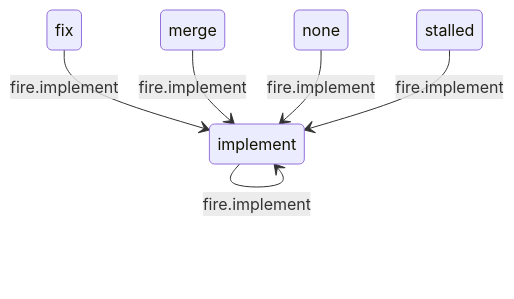
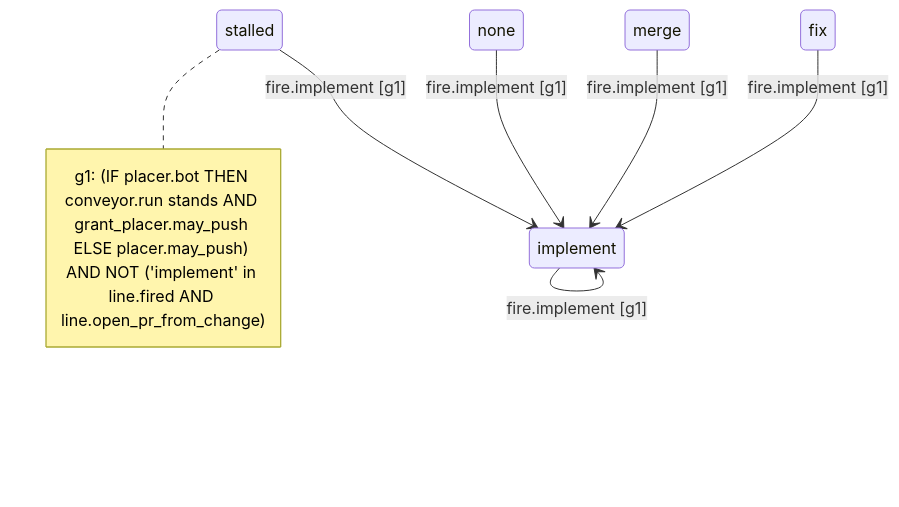
Before and after one commit to kostiantyn-matsebora/agent-ops-operator: the diagram in .github/conveyor-model/mermaid/conveyor_implement.mmd, drawn with Mermaid. The commit also changed 6 other files, not shown here.

First line of the commit message:
fix(conveyor): every transition carries its real guard condition

```diff
--- a/.github/conveyor-model/mermaid/conveyor_implement.mmd
+++ b/.github/conveyor-model/mermaid/conveyor_implement.mmd
@@ -1,12 +1,15 @@
 stateDiagram-v2
-    %% no single initial state: this conveyor's real trigger fires identically from most of its own states (see its own note:)
+    %% no single initial state: this conveyor's real trigger fires identically from most of its own states once its guard holds
     state none
     state implement
     state fix
     state merge
     state stalled
-    fix --> implement : fire.implement
-    implement --> implement : fire.implement
-    merge --> implement : fire.implement
-    none --> implement : fire.implement
-    stalled --> implement : fire.implement
+    fix --> implement : fire.implement [g1]
+    implement --> implement : fire.implement [g1]
+    merge --> implement : fire.implement [g1]
+    none --> implement : fire.implement [g1]
+    stalled --> implement : fire.implement [g1]
+    note right of stalled
+        g1: (IF placer.bot THEN conveyor.run stands AND grant_placer.may_push ELSE placer.may_push) AND NOT ('implement' in line.fired AND line.open_pr_from_change)
+    end note
```
